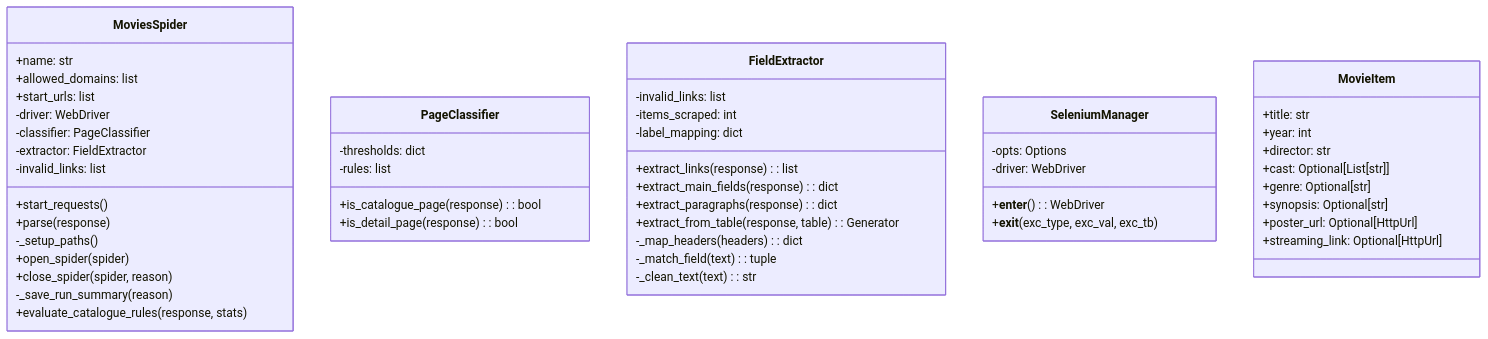
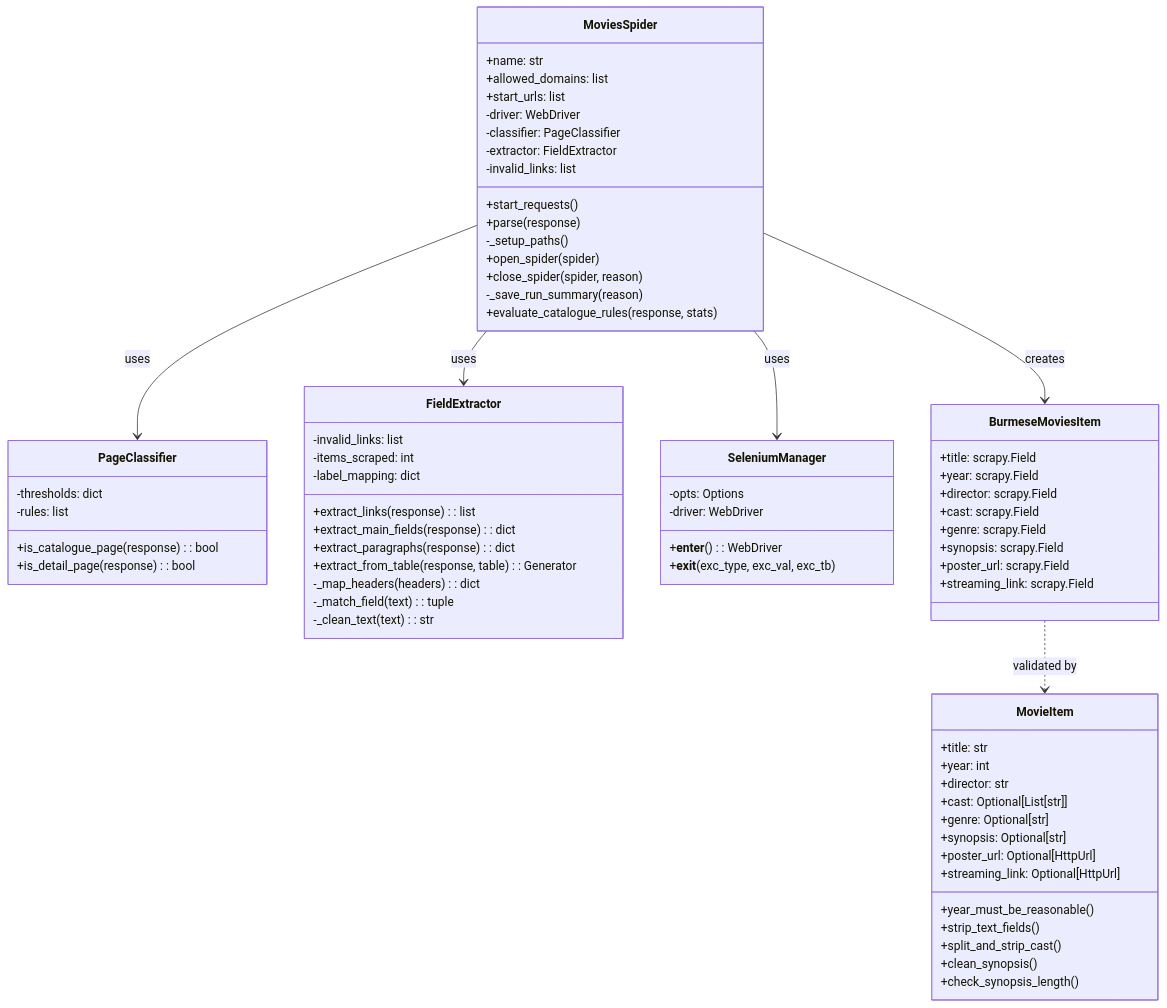
One commit to kaungkhantko/BRAWL-Burmese-movies-cRAWLer- changed the first of 4 diagrams in docs/architecture.md. Above: the diagram before and after it, drawn with Mermaid. The commit also changed other lines of this file and 6 other files, not shown here.

Commit message:
Enhance project documentation and validation logic: update README, architecture, and requirements documents; improve year validation in MovieItem schema; add permissions to GitHub Actions workflow.

````diff
--- a/docs/architecture.md
+++ b/docs/architecture.md
@@ -35,53 +36,75 @@
 ```mermaid
 classDiagram
     class MoviesSpider {
         +name: str
         +allowed_domains: list
         +start_urls: list
         -driver: WebDriver
         -classifier: PageClassifier
         -extractor: FieldExtractor
         -invalid_links: list
         +start_requests()
         +parse(response)
         -_setup_paths()
         +open_spider(spider)
         +close_spider(spider, reason)
         -_save_run_summary(reason)
         +evaluate_catalogue_rules(response, stats)
     }
     class PageClassifier {
         -thresholds: dict
         -rules: list
         +is_catalogue_page(response): bool
         +is_detail_page(response): bool
     }
     class FieldExtractor {
         -invalid_links: list
         -items_scraped: int
         -label_mapping: dict
         +extract_links(response): list
         +extract_main_fields(response): dict
         +extract_paragraphs(response): dict
         +extract_from_table(response, table): Generator
         -_map_headers(headers): dict
         -_match_field(text): tuple
         -_clean_text(text): str
     }
     class SeleniumManager {
         -opts: Options
         -driver: WebDriver
         +__enter__(): WebDriver
         +__exit__(exc_type, exc_val, exc_tb)
     }
+    class BurmeseMoviesItem {
+        +title: scrapy.Field
+        +year: scrapy.Field
+        +director: scrapy.Field
+        +cast: scrapy.Field
+        +genre: scrapy.Field
+        +synopsis: scrapy.Field
+        +poster_url: scrapy.Field
+        +streaming_link: scrapy.Field
+    }
     class MovieItem {
         +title: str
         +year: int
         +director: str
         +cast: Optional[List[str]]
         +genre: Optional[str]
         +synopsis: Optional[str]
         +poster_url: Optional[HttpUrl]
         +streaming_link: Optional[HttpUrl]
+        +year_must_be_reasonable()
+        +strip_text_fields()
+        +split_and_strip_cast()
+        +clean_synopsis()
+        +check_synopsis_length()
     }
+    
+    %% Relationships
+    MoviesSpider --> PageClassifier: uses
+    MoviesSpider --> FieldExtractor: uses
+    MoviesSpider --> SeleniumManager: uses
+    MoviesSpider --> BurmeseMoviesItem: creates
+    BurmeseMoviesItem ..> MovieItem: validated by
 ```
````
